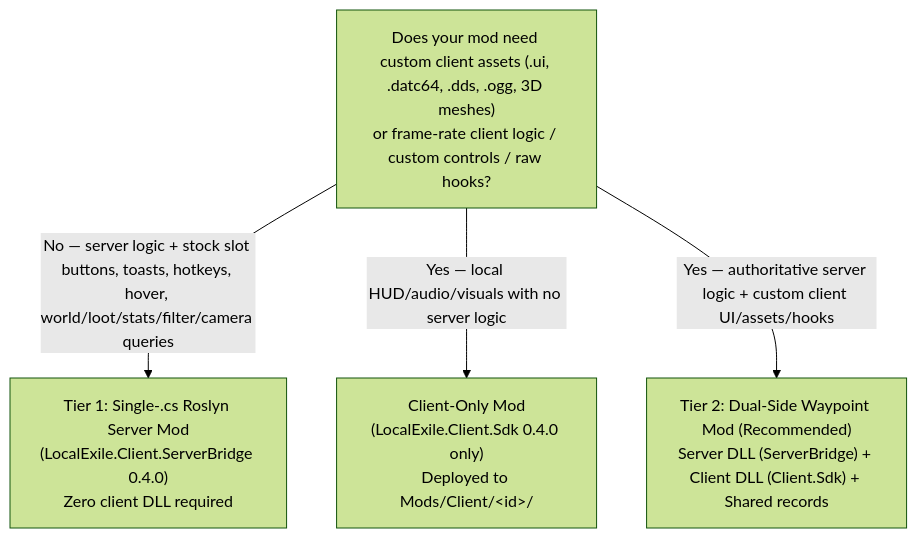
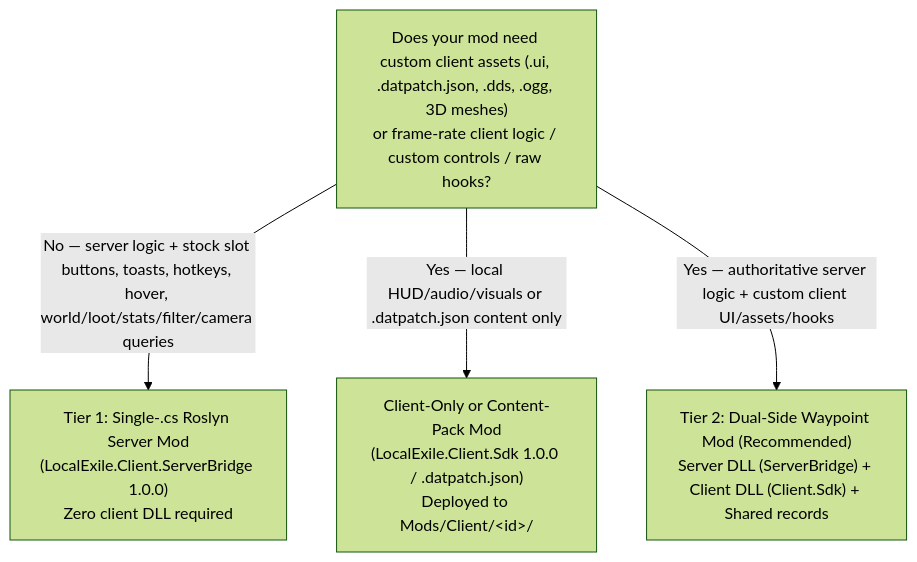
One commit to mrnamwen/LocalExile-NativeMods changed the diagram in docs/guides/getting-started.md. Above: the diagram before and after it, drawn with Mermaid (forest theme). The commit also changed other lines of this file and 20 other files, not shown here.

````diff
--- a/docs/guides/getting-started.md
+++ b/docs/guides/getting-started.md
@@ -13,7 +40,7 @@
 ```mermaid
 flowchart TD
-    Q1["Does your mod need custom client assets (.ui, .datc64, .dds, .ogg, 3D meshes)<br/>or frame-rate client logic / custom controls / raw hooks?"]
-    Q1 -->|"No — server logic + stock slot buttons, toasts, hotkeys, hover, world/loot/stats/filter/camera queries"| T1["Tier 1: Single-.cs Roslyn Server Mod<br/>(LocalExile.Client.ServerBridge 0.4.0)<br/>Zero client DLL required"]
-    Q1 -->|"Yes — local HUD/audio/visuals with no server logic"| CO["Client-Only Mod<br/>(LocalExile.Client.Sdk 0.4.0 only)<br/>Deployed to Mods/Client/&lt;id&gt;/"]
+    Q1["Does your mod need custom client assets (.ui, .datpatch.json, .dds, .ogg, 3D meshes)<br/>or frame-rate client logic / custom controls / raw hooks?"]
+    Q1 -->|"No — server logic + stock slot buttons, toasts, hotkeys, hover, world/loot/stats/filter/camera queries"| T1["Tier 1: Single-.cs Roslyn Server Mod<br/>(LocalExile.Client.ServerBridge 1.0.0)<br/>Zero client DLL required"]
+    Q1 -->|"Yes — local HUD/audio/visuals or .datpatch.json content only"| CO["Client-Only or Content-Pack Mod<br/>(LocalExile.Client.Sdk 1.0.0 / .datpatch.json)<br/>Deployed to Mods/Client/&lt;id&gt;/"]
     Q1 -->|"Yes — authoritative server logic + custom client UI/assets/hooks"| T2["Tier 2: Dual-Side Waypoint Mod (Recommended)<br/>Server DLL (ServerBridge) + Client DLL (Client.Sdk) + Shared records"]
 ```
````
